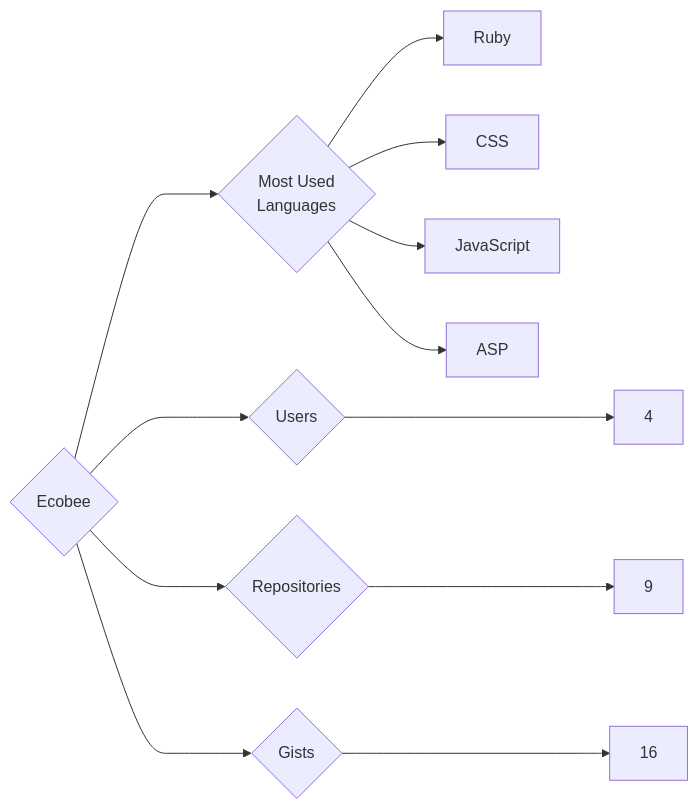
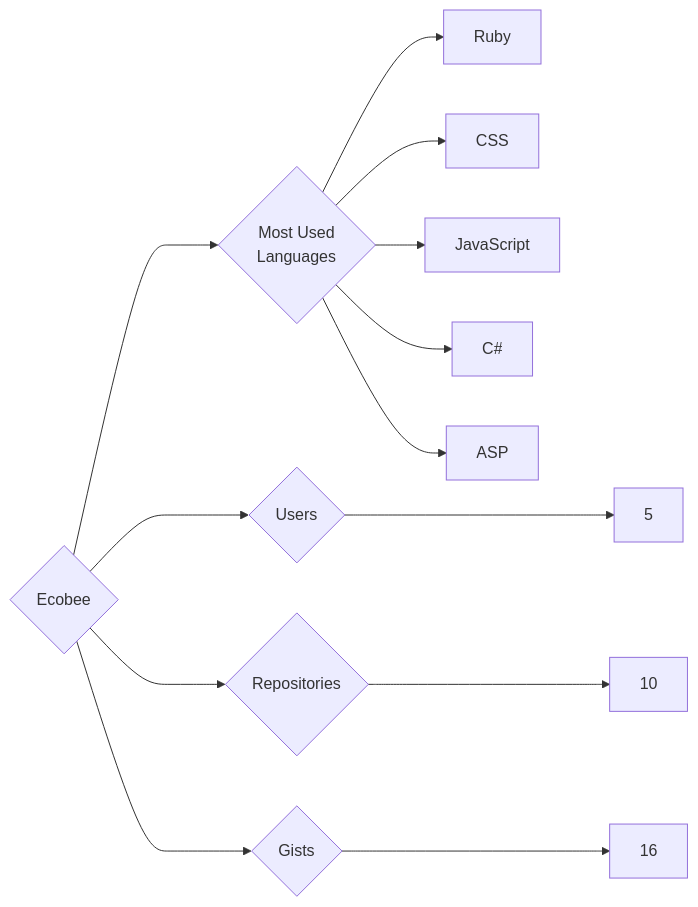
The diagram in targets/Ecobee/README.md (trickest/insiders), drawn with Mermaid before and after one commit. The commit also changed 912 other files, not shown here.

````diff
--- a/targets/Ecobee/README.md
+++ b/targets/Ecobee/README.md
@@ -3,12 +3,13 @@
 ```mermaid
 graph LR
 COMPANY_NAME{Ecobee}
-COMPANY_NAME ---> U{Users} ---> UN[4]
-COMPANY_NAME ---> R{Repositories} ---> RN[9]
+COMPANY_NAME ---> U{Users} ---> UN[5]
+COMPANY_NAME ---> R{Repositories} ---> RN[10]
 COMPANY_NAME ---> G{Gists} ---> GN[16]
 COMPANY_NAME ---> ML{Most Used<br>Languages}
 ML --> Ruby[Ruby]
 ML --> CSS[CSS]
 ML --> JavaScript[JavaScript]
+ML --> C#[C#]
 ML --> ASP[ASP]
 ```
````
